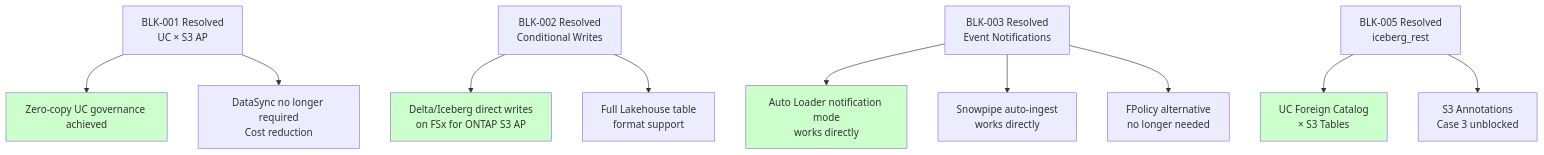
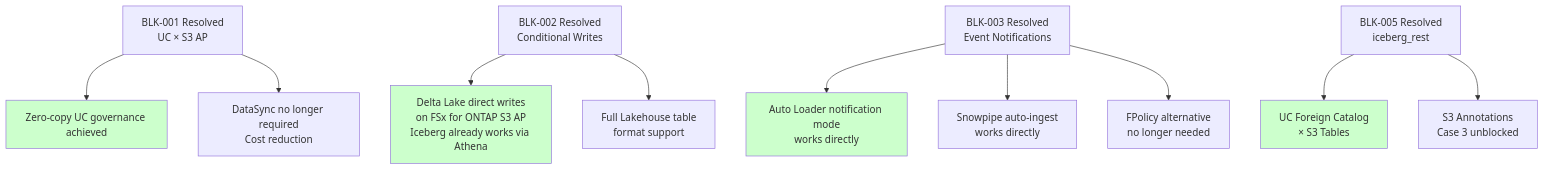
The first of 2 diagrams in docs/en/blocker-tracker.md (Yoshiki0705/fsxn-lakehouse-integrations), drawn with Mermaid before and after one commit. The commit also changed other lines of this file and 125 other files, not shown here.

````diff
--- a/docs/en/blocker-tracker.md
+++ b/docs/en/blocker-tracker.md
@@ -226,20 +289,20 @@
 ```mermaid
 graph TD
     BLK001[BLK-001 Resolved<br/>UC × S3 AP] --> Z1[Zero-copy UC governance achieved]
     BLK001 --> Z2[DataSync no longer required<br/>Cost reduction]
     
-    BLK002[BLK-002 Resolved<br/>Conditional Writes] --> W1[Delta/Iceberg direct writes<br/>on FSx for ONTAP S3 AP]
+    BLK002[BLK-002 Resolved<br/>Conditional Writes] --> W1[Delta Lake direct writes<br/>on FSx for ONTAP S3 AP<br/>Iceberg already works via Athena]
     BLK002 --> W2[Full Lakehouse table<br/>format support]
     
     BLK003[BLK-003 Resolved<br/>Event Notifications] --> E1[Auto Loader notification mode<br/>works directly]
     BLK003 --> E2[Snowpipe auto-ingest<br/>works directly]
     BLK003 --> E3[FPolicy alternative<br/>no longer needed]
     
     BLK005[BLK-005 Resolved<br/>iceberg_rest] --> I1[UC Foreign Catalog<br/>× S3 Tables]
     BLK005 --> I2[S3 Annotations<br/>Case 3 unblocked]
     
     style Z1 fill:#ccffcc
     style W1 fill:#ccffcc
     style E1 fill:#ccffcc
     style I1 fill:#ccffcc
 ```
````
